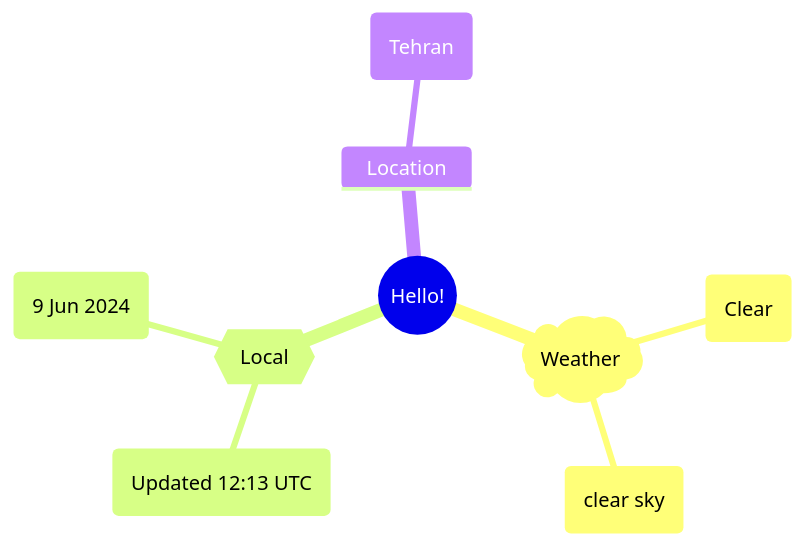
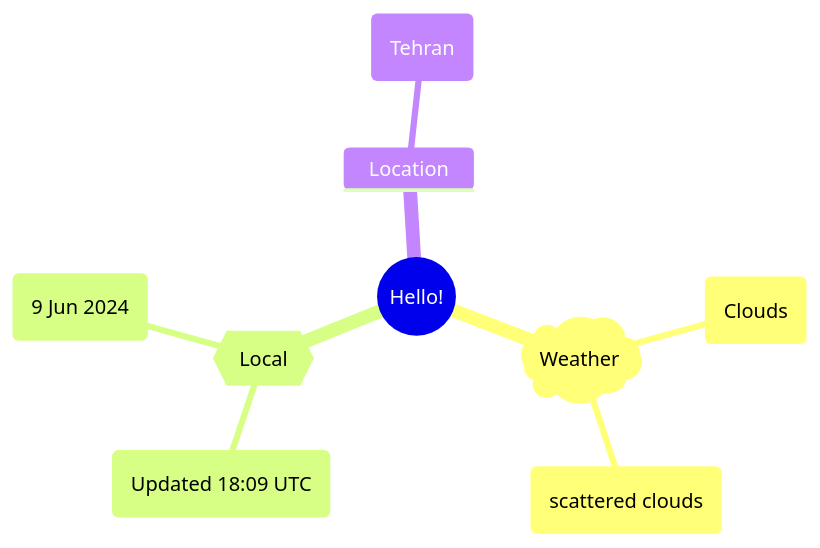
The first of 2 diagrams in README.md (Xosrov/Xosrov), drawn with Mermaid before and after one commit.

Commit message:
[bot] updated images

````diff
--- a/README.md
+++ b/README.md
@@ -3,12 +3,12 @@
 ```mermaid
 mindmap
   root((Hello!))
     )Weather(
-        (Clear)
-        (clear sky)
+        (Clouds)
+        (scattered clouds)
     {{Local}}
-        (Updated 12:13 UTC)
+        (Updated 18:09 UTC)
         (9 Jun 2024)
     Location
         (Tehran)
 ```
````
